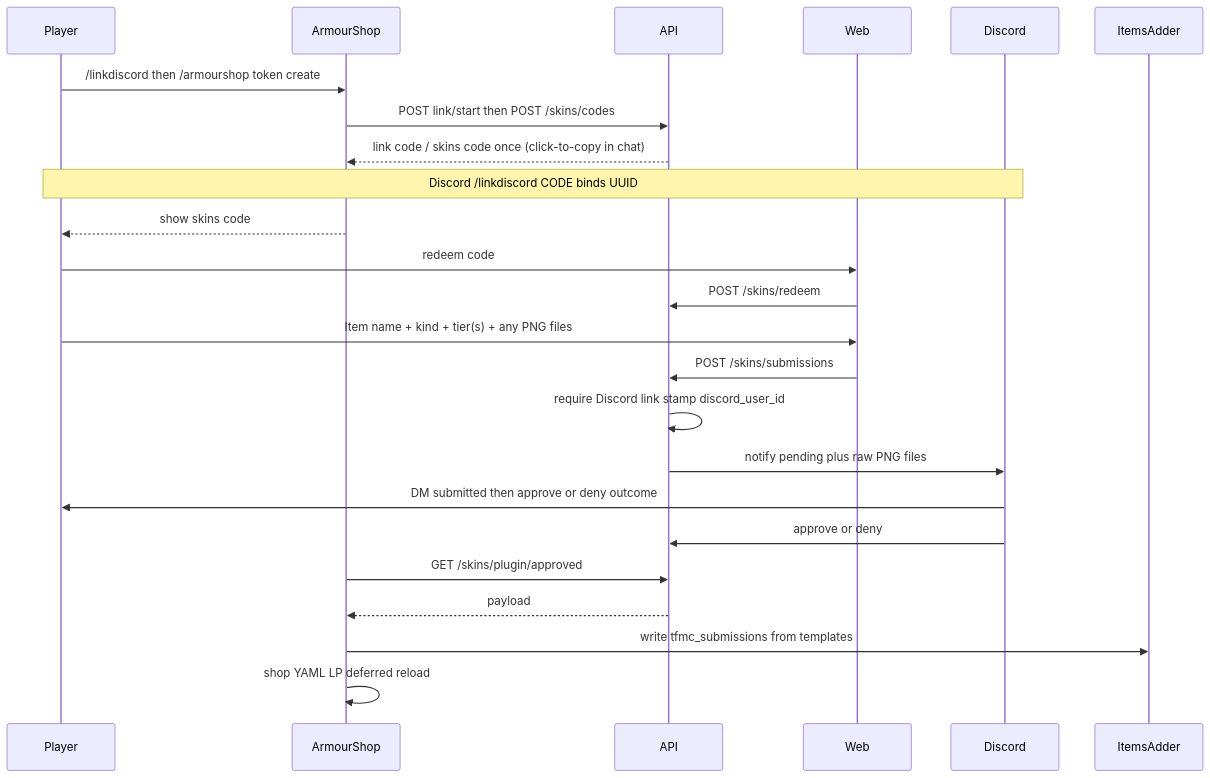
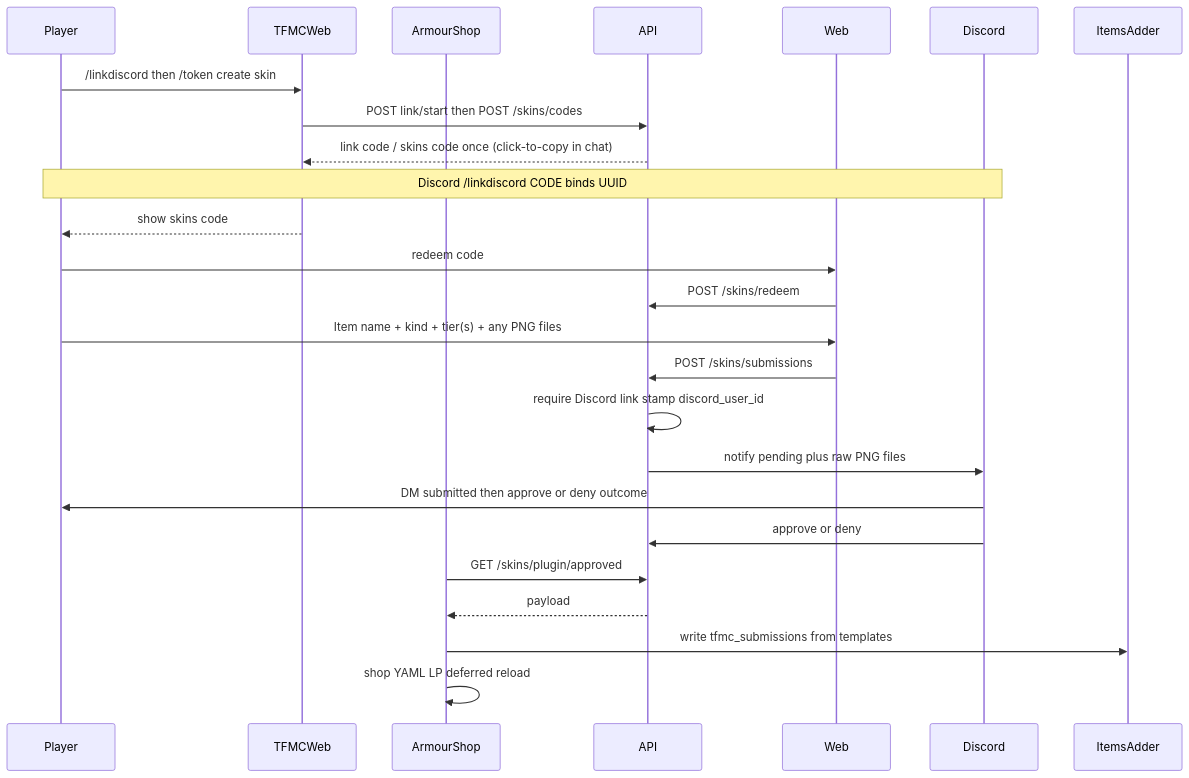
The diagram in Planning/05-skins-system.md (Drefvelin/ProvinceSystem), drawn with Mermaid before and after one commit. The commit also changed other lines of this file and 78 other files, not shown here.

````diff
--- a/Planning/05-skins-system.md
+++ b/Planning/05-skins-system.md
@@ -54,27 +55,28 @@
 ```mermaid
 sequenceDiagram
   participant Player
+  participant TW as TFMCWeb
   participant AS as ArmourShop
   participant API
   participant Web
   participant Discord
   participant IA as ItemsAdder
 
-  Player->>AS: /linkdiscord then /armourshop token create
-  AS->>API: POST link/start then POST /skins/codes
-  API-->>AS: link code / skins code once (click-to-copy in chat)
+  Player->>TW: /linkdiscord then /token create skin
+  TW->>API: POST link/start then POST /skins/codes
+  API-->>TW: link code / skins code once (click-to-copy in chat)
   Note over Player,Discord: Discord /linkdiscord CODE binds UUID
-  AS-->>Player: show skins code
+  TW-->>Player: show skins code
   Player->>Web: redeem code
   Web->>API: POST /skins/redeem
   Player->>Web: Item name + kind + tier(s) + any PNG files
   Web->>API: POST /skins/submissions
   API->>API: require Discord link stamp discord_user_id
   API->>Discord: notify pending plus raw PNG files
   Discord->>Player: DM submitted then approve or deny outcome
   Discord->>API: approve or deny
   AS->>API: GET /skins/plugin/approved
   API-->>AS: payload
   AS->>IA: write tfmc_submissions from templates
   AS->>AS: shop YAML LP deferred reload
 ```
````
